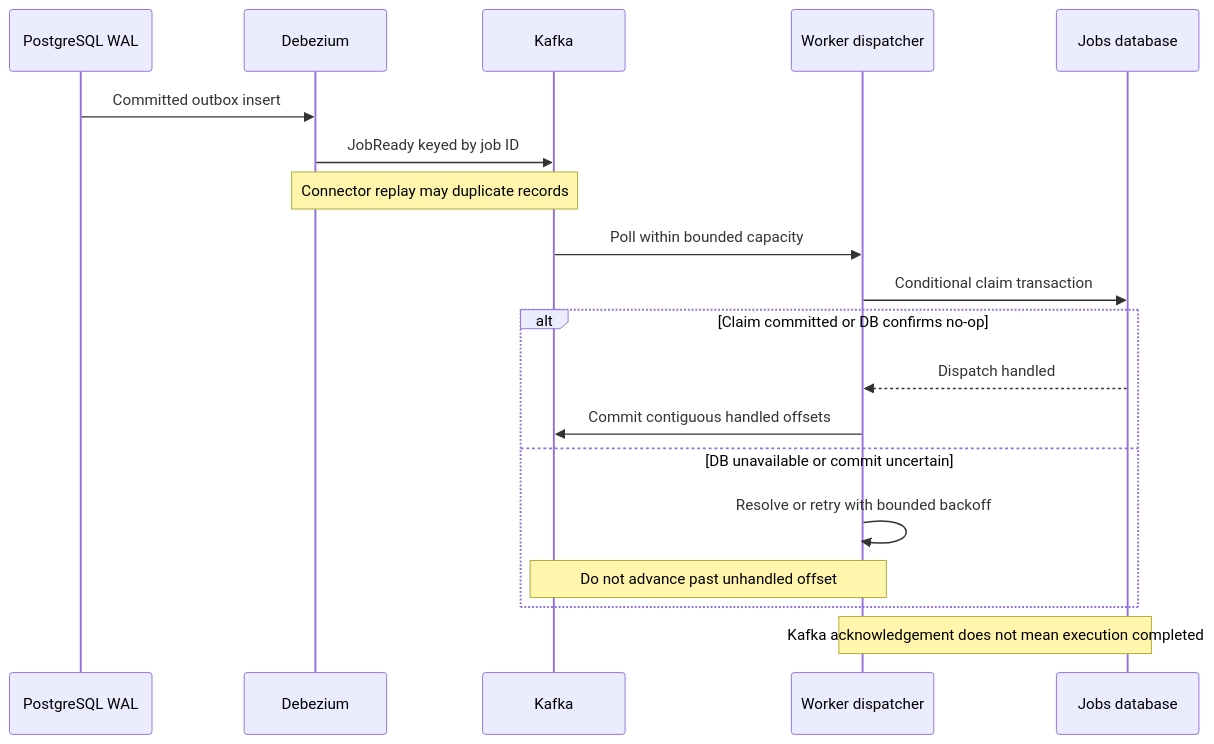
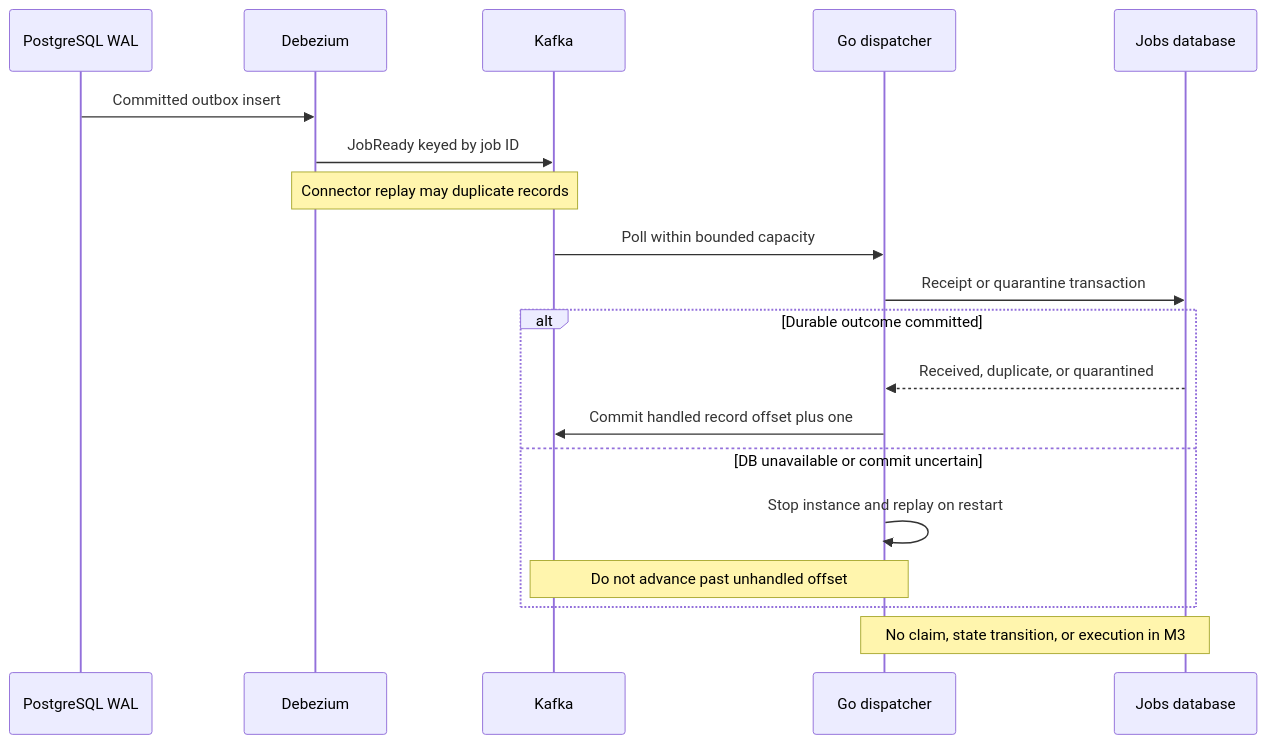
One commit to su944/distributed-job-engine changed the third of 7 diagrams in docs/architecture-diagram.md. Above: the diagram before and after it, drawn with Mermaid. The commit also changed other lines of this file and 27 other files, not shown here.

Commit message:
feat: add CDC pipeline and durable dispatch (refs #9)

````diff
--- a/docs/architecture-diagram.md
+++ b/docs/architecture-diagram.md
@@ -56,21 +58,21 @@
 ```mermaid
 sequenceDiagram
     participant D as PostgreSQL WAL
     participant C as Debezium
     participant K as Kafka
-    participant W as Worker dispatcher
+    participant W as Go dispatcher
     participant J as Jobs database
     D->>C: Committed outbox insert
     C->>K: JobReady keyed by job ID
     Note over C,K: Connector replay may duplicate records
     K->>W: Poll within bounded capacity
-    W->>J: Conditional claim transaction
-    alt Claim committed or DB confirms no-op
-        J-->>W: Dispatch handled
-        W->>K: Commit contiguous handled offsets
+    W->>J: Receipt or quarantine transaction
+    alt Durable outcome committed
+        J-->>W: Received, duplicate, or quarantined
+        W->>K: Commit handled record offset plus one
     else DB unavailable or commit uncertain
-        W->>W: Resolve or retry with bounded backoff
+        W->>W: Stop instance and replay on restart
         Note over W,K: Do not advance past unhandled offset
     end
-    Note over W,J: Kafka acknowledgement does not mean execution completed
+    Note over W,J: No claim, state transition, or execution in M3
 ```
````
